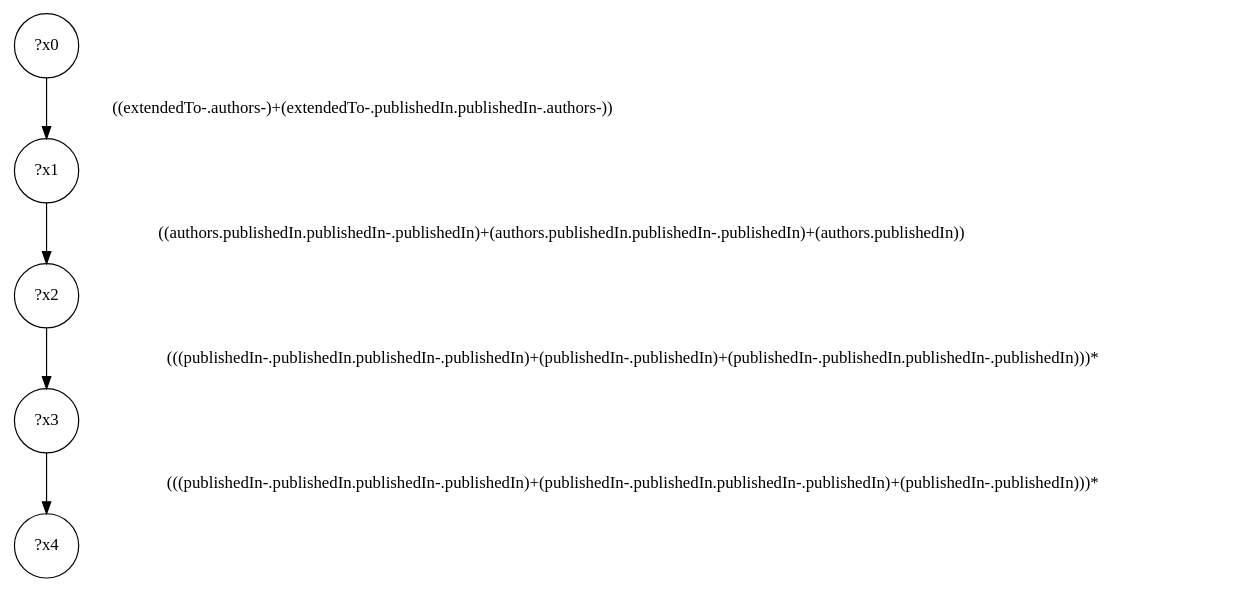
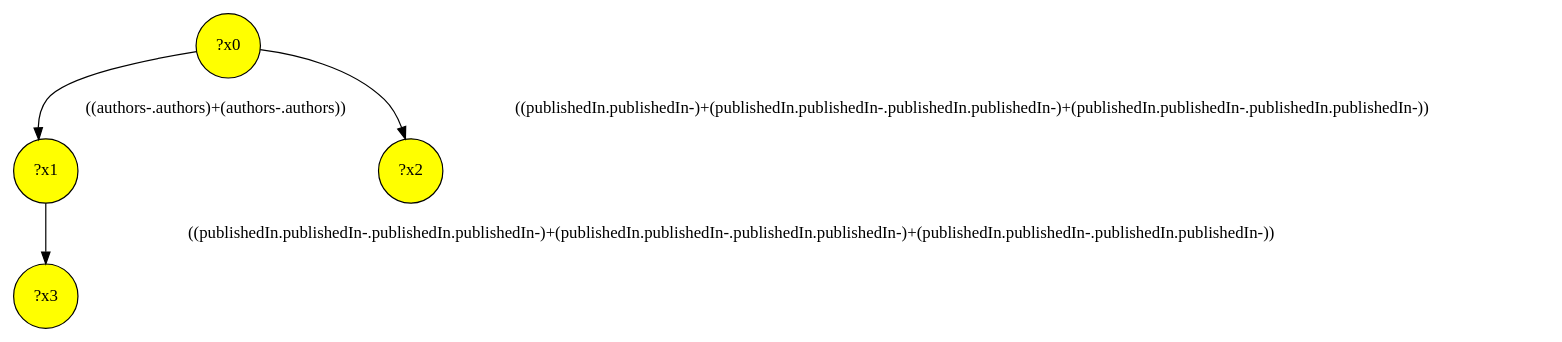
One commit to gbagan/gmark changed the diagram in demo/test-a/test-a-interface/query-7.dot. Above: the diagram before and after it, drawn with Graphviz. The commit also changed 1061 other files, not shown here.

```diff
--- a/demo/test-a/test-a-interface/query-7.dot
+++ b/demo/test-a/test-a-interface/query-7.dot
@@ -1,11 +1,9 @@
 digraph g {
-	x0 [shape=circle, label="?x0"];
-	x1 [shape=circle, label="?x1"];
-	x0 -> x1 [label="((extendedTo-.authors-)+(extendedTo-.publishedIn.publishedIn-.authors-))"];
-	x2 [shape=circle, label="?x2"];
-	x1 -> x2 [label="((authors.publishedIn.publishedIn-.publishedIn)+(authors.publishedIn.publishedIn-.publishedIn)+(authors.publishedIn))"];
-	x3 [shape=circle, label="?x3"];
-	x2 -> x3 [label="(((publishedIn-.publishedIn.publishedIn-.publishedIn)+(publishedIn-.publishedIn)+(publishedIn-.publishedIn.publishedIn-.publishedIn)))*"];
-	x4 [shape=circle, label="?x4"];
-	x3 -> x4 [label="(((publishedIn-.publishedIn.publishedIn-.publishedIn)+(publishedIn-.publishedIn.publishedIn-.publishedIn)+(publishedIn-.publishedIn)))*"];
+	x0 [fillcolor="yellow", style="filled," shape=circle, label="?x0"];
+	x1 [fillcolor="yellow", style="filled," shape=circle, label="?x1"];
+	x3 [fillcolor="yellow", style="filled," shape=circle, label="?x3"];
+	x2 [fillcolor="yellow", style="filled," shape=circle, label="?x2"];
+	x0 -> x1 [label="((authors-.authors)+(authors-.authors))"];
+	x0 -> x2 [label="((publishedIn.publishedIn-)+(publishedIn.publishedIn-.publishedIn.publishedIn-)+(publishedIn.publishedIn-.publishedIn.publishedIn-))"];
+	x1 -> x3 [label="((publishedIn.publishedIn-.publishedIn.publishedIn-)+(publishedIn.publishedIn-.publishedIn.publishedIn-)+(publishedIn.publishedIn-.publishedIn.publishedIn-))"];
 }
```
